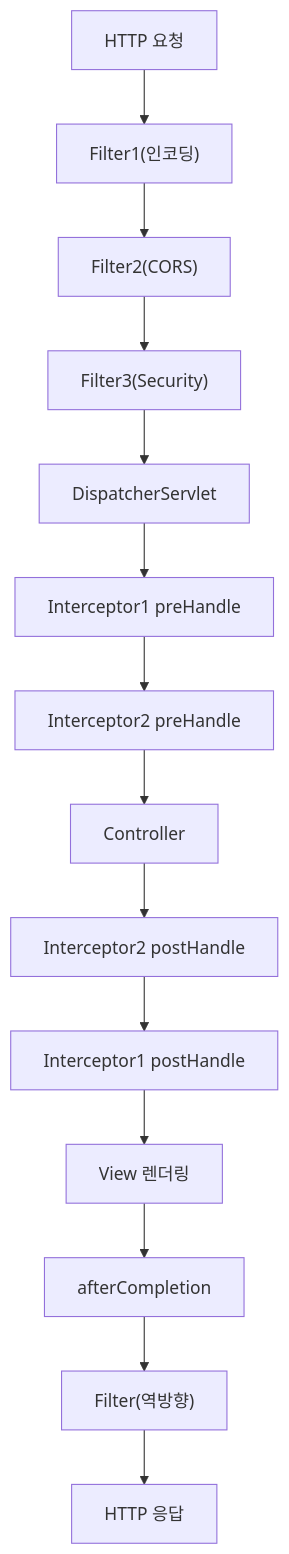
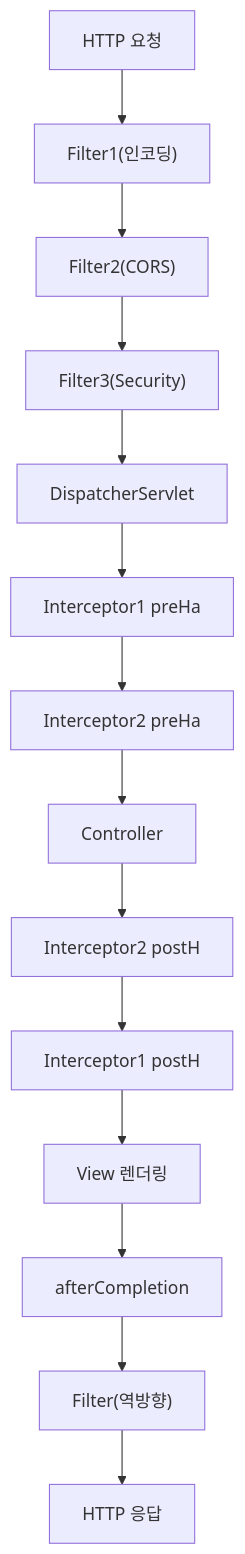
One commit to yjkim2015/yjkim2015.github.io changed the seventh of 14 diagrams in _posts/spring/2026-05-02-spring-mvc-deep.md. Above: the diagram before and after it, drawn with Mermaid. The commit also changed other lines of this file and 271 other files, not shown here.

First line of the commit message:
Mermaid 라벨 축소: 긴 노드 텍스트 18자 이하로 트림 + \n 제거

````diff
--- a/_posts/spring/2026-05-02-spring-mvc-deep.md
+++ b/_posts/spring/2026-05-02-spring-mvc-deep.md
@@ -425,8 +425,8 @@
 ```mermaid
 graph TD
     A["HTTP 요청"] --> B["Filter1(인코딩)"] --> C["Filter2(CORS)"] --> D["Filter3(Security)"]
     D --> E["DispatcherServlet"]
-    E --> F["Interceptor1 preHandle"] --> G["Interceptor2 preHandle"] --> H["Controller"]
-    H --> I["Interceptor2 postHandle"] --> J["Interceptor1 postHandle"] --> K["View 렌더링"]
+    E --> F["Interceptor1 preHa"] --> G["Interceptor2 preHa"] --> H["Controller"]
+    H --> I["Interceptor2 postH"] --> J["Interceptor1 postH"] --> K["View 렌더링"]
     K --> L["afterCompletion"] --> M["Filter(역방향)"] --> N["HTTP 응답"]
 ```
````
